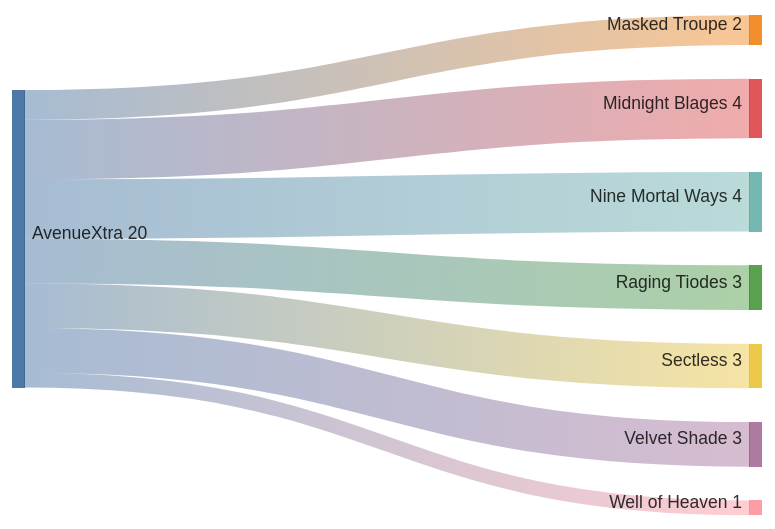
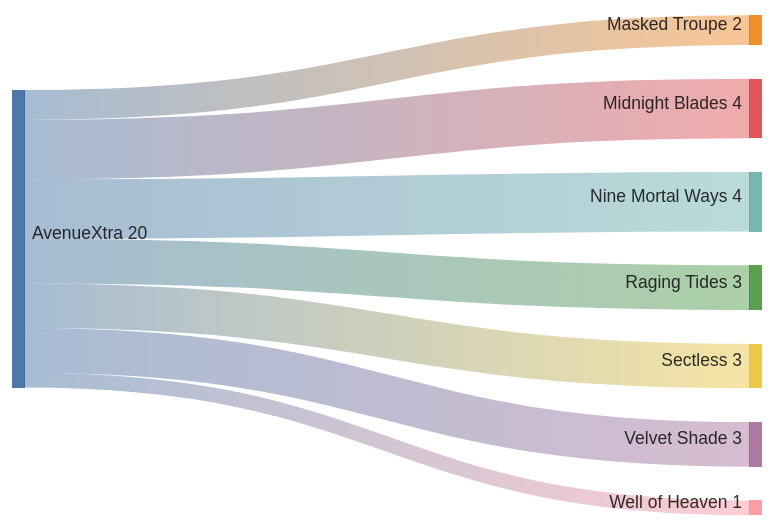
One commit to gns168/wwm168 changed the second of 3 diagrams in content/Guild/Sankey.md. Above: the diagram before and after it, drawn with Mermaid. The commit also changed other lines of this file and 9 other files, not shown here.

````diff
--- a/content/Guild/Sankey.md
+++ b/content/Guild/Sankey.md
@@ -30,13 +30,13 @@
 ```mermaid
 sankey-beta
 
 
 AvenueXtra, Masked Troupe, 2
-AvenueXtra, Midnight Blages, 4
+AvenueXtra, Midnight Blades, 4
 AvenueXtra, Nine Mortal Ways, 4
-AvenueXtra, Raging Tiodes, 3
+AvenueXtra, Raging Tides, 3
 AvenueXtra, Sectless, 3
 AvenueXtra, Velvet Shade, 3
 AvenueXtra, Well of Heaven, 1
 
 ```
````
